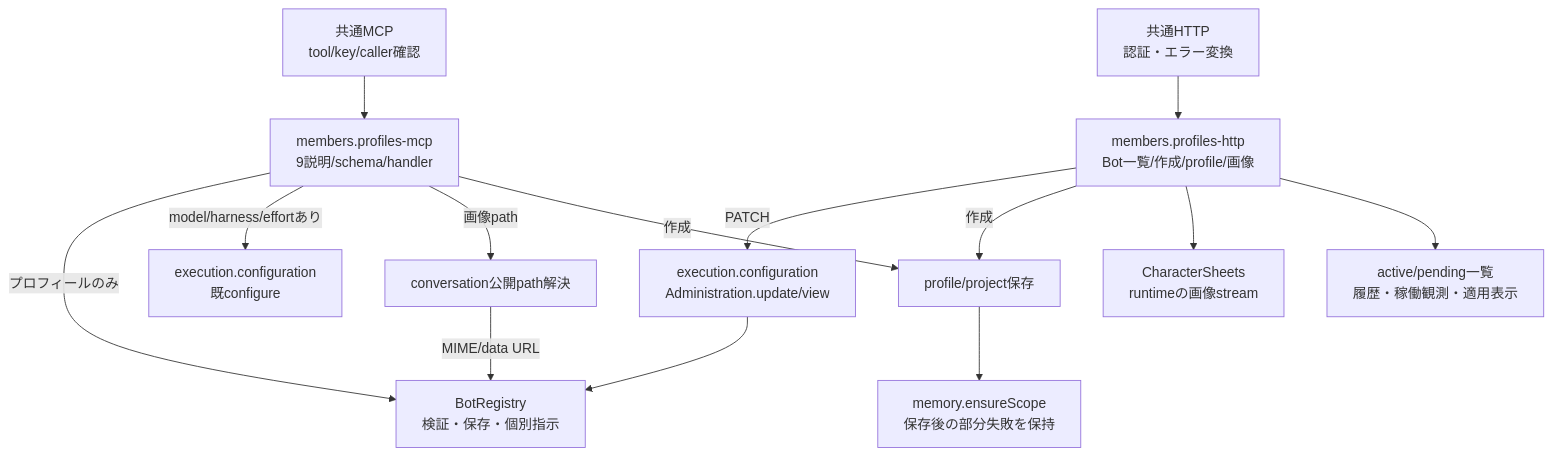
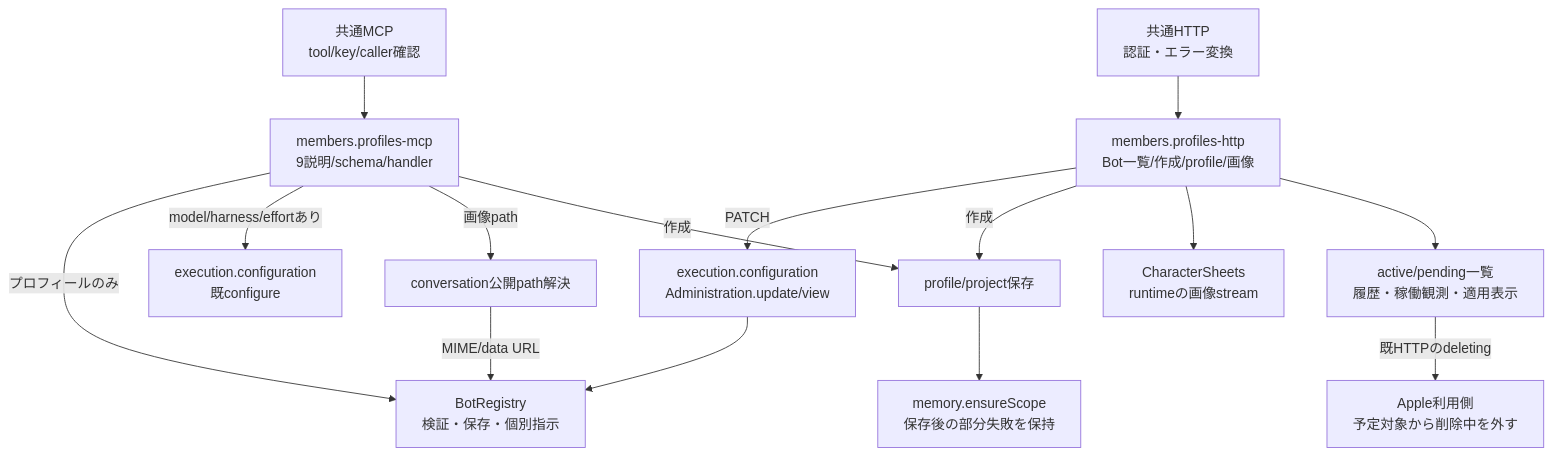
One commit to kitepon/BellTeam changed the diagram in docs/architecture/modules/members/profiles.md. Above: the diagram before and after it, drawn with Mermaid. The commit also changed other lines of this file and 1 other file, not shown here.

Commit message:
docs(members): clarify active schedule owners for Apple

````diff
--- a/docs/architecture/modules/members/profiles.md
+++ b/docs/architecture/modules/members/profiles.md
@@ -5,16 +5,17 @@
 ```mermaid
 flowchart TD
   Mcp["共通MCP<br/>tool/key/caller確認"] --> Tools["members.profiles-mcp<br/>9説明/schema/handler"]
   Http["共通HTTP<br/>認証・エラー変換"] --> Profile["members.profiles-http<br/>Bot一覧/作成/profile/画像"]
   Tools -->|"プロフィールのみ"| Registry["BotRegistry<br/>検証・保存・個別指示"]
   Tools -->|"model/harness/effortあり"| Configure["execution.configuration<br/>既configure"]
   Profile -->|"PATCH"| Admin["execution.configuration<br/>Administration.update/view"]
   Admin --> Registry
   Tools -->|"画像path"| Image["conversation公開path解決"]
   Image -->|"MIME/data URL"| Registry
   Tools -->|"作成"| Create["profile/project保存"]
   Profile -->|"作成"| Create
   Create --> Memory["memory.ensureScope<br/>保存後の部分失敗を保持"]
   Profile --> Sheet["CharacterSheets<br/>runtimeの画像stream"]
   Profile --> Listing["active/pending一覧<br/>履歴・稼働観測・適用表示"]
+  Listing -->|"既HTTPのdeleting"| Apple["Apple利用側<br/>予定対象から削除中を外す"]
 ```
````
